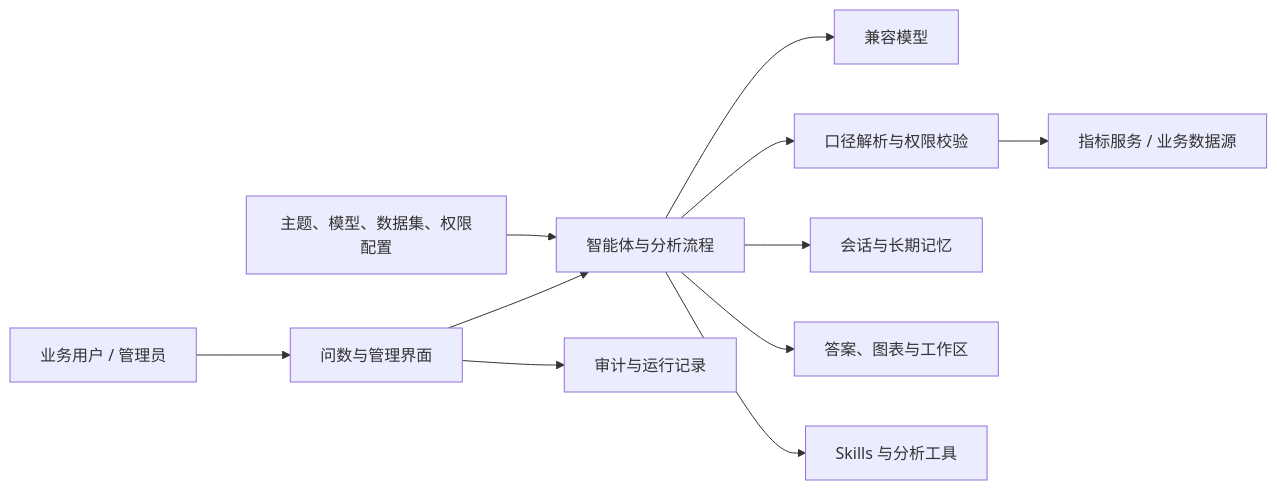
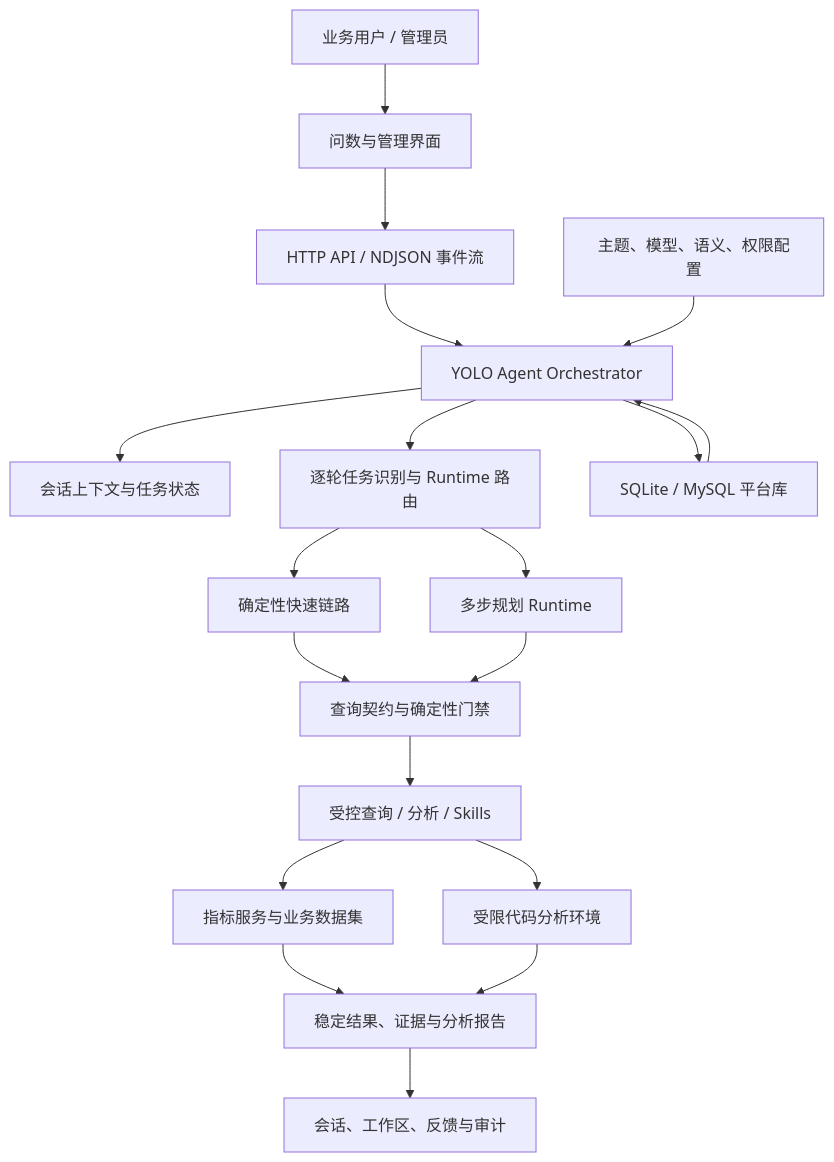
One commit to zqf20096327/ai_collect changed the diagram in data/readmes/xiaour__yolo-data.md. Above: the diagram before and after it, drawn with Mermaid. The commit also changed other lines of this file and 1896 other files, not shown here.

````diff
--- a/data/readmes/xiaour__yolo-data.md
+++ b/data/readmes/xiaour__yolo-data.md
@@ -76,13 +55,25 @@
 ```mermaid
-flowchart LR
+flowchart TB
   USER["业务用户 / 管理员"] --> UI["问数与管理界面"]
-  UI --> AGENT["智能体与分析流程"]
-  ADMIN["主题、模型、数据集、权限配置"] --> AGENT
-  AGENT --> LLM["兼容模型"]
-  AGENT --> GATE["口径解析与权限校验"]
-  GATE --> DATA["指标服务 / 业务数据源"]
-  AGENT --> MEMORY["会话与长期记忆"]
-  AGENT --> OUTPUT["答案、图表与工作区"]
-  AGENT --> SKILL["Skills 与分析工具"]
-  UI --> OPS["审计与运行记录"]
+  UI --> API["HTTP API / NDJSON 事件流"]
+
+  API --> AGENT["YOLO Agent Orchestrator"]
+  AGENT --> CONTEXT["会话上下文与任务状态"]
+  AGENT --> ROUTER["逐轮任务识别与 Runtime 路由"]
+  ROUTER --> FAST["确定性快速链路"]
+  ROUTER --> PLAN["多步规划 Runtime"]
+
+  FAST --> CONTRACT["查询契约与确定性门禁"]
+  PLAN --> CONTRACT
+  CONTRACT --> TOOLS["受控查询 / 分析 / Skills"]
+  TOOLS --> DATA["指标服务与业务数据集"]
+  TOOLS --> SANDBOX["受限代码分析环境"]
+
+  DATA --> RESULT["稳定结果、证据与分析报告"]
+  SANDBOX --> RESULT
+  RESULT --> WORKSPACE["会话、工作区、反馈与审计"]
+
+  CONFIG["主题、模型、语义、权限配置"] --> AGENT
+  STORE["SQLite / MySQL 平台库"] --> AGENT
+  AGENT --> STORE
 ```
````
